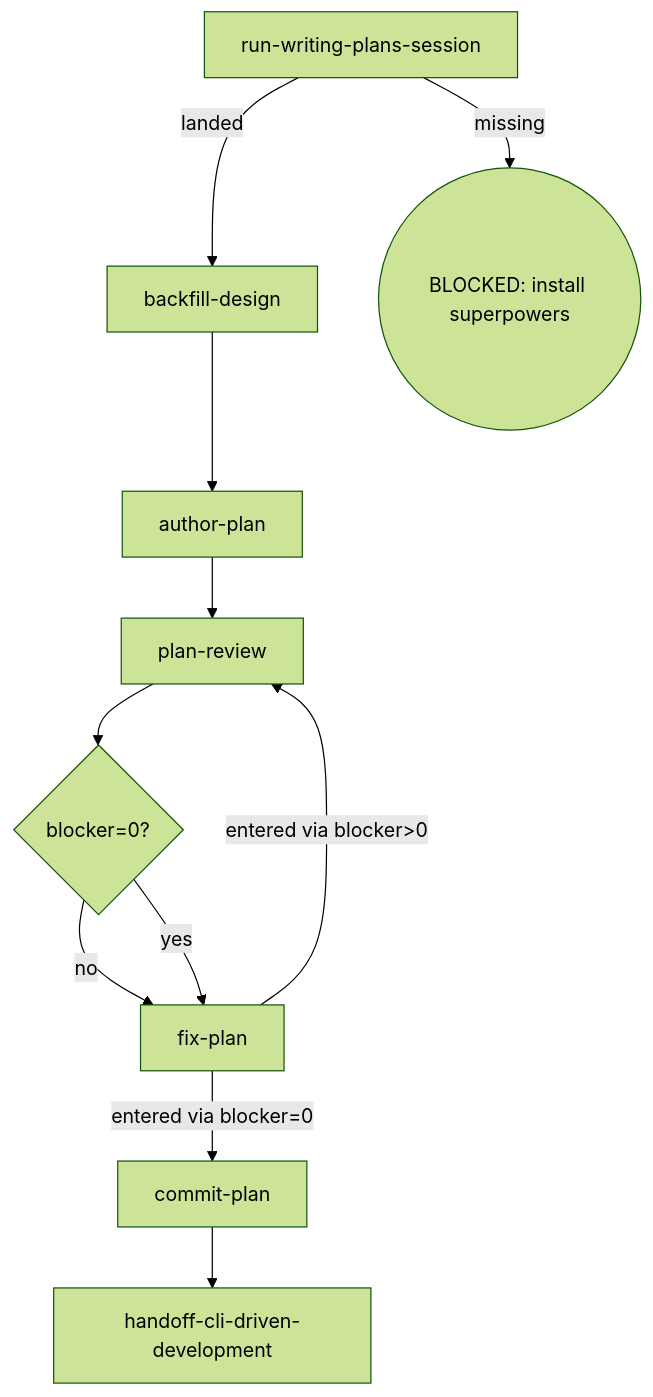
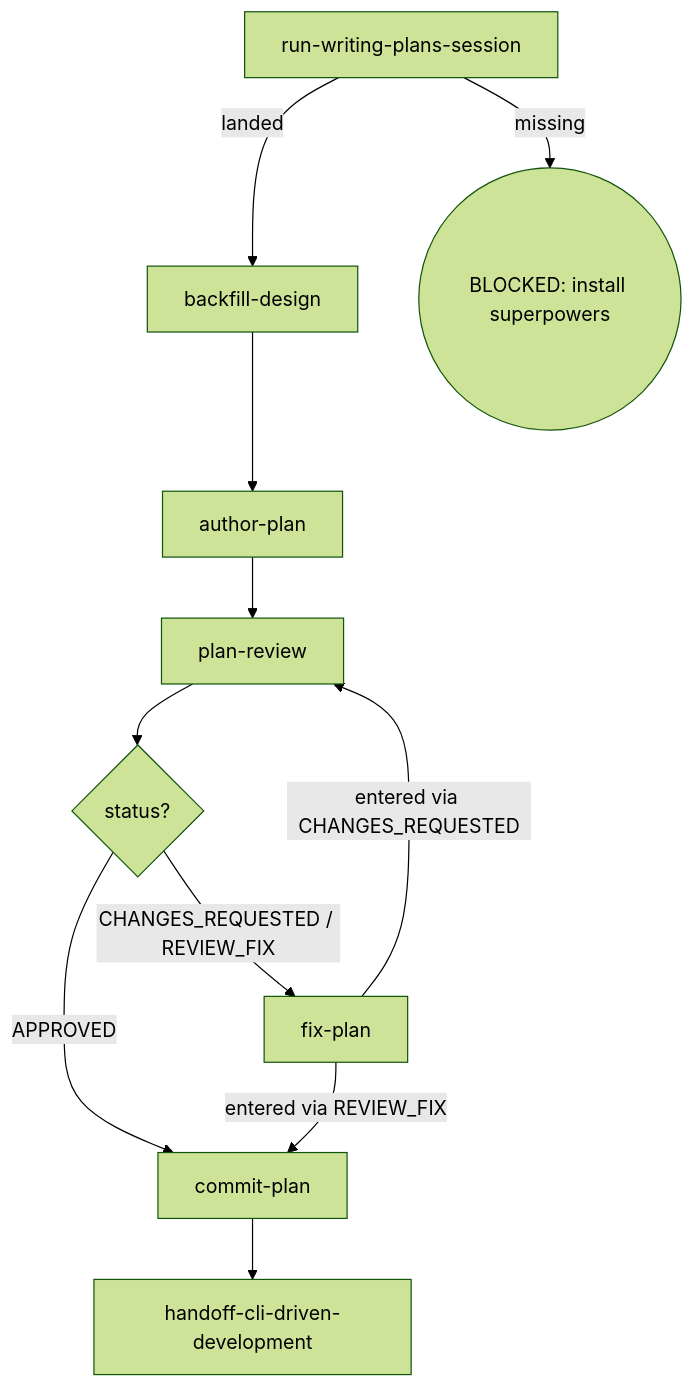
One commit to Oscaner/skills changed the diagram in packages/osuperpowers/skills/writing-plans/SKILL.md. Above: the diagram before and after it, drawn with Mermaid (forest theme). The commit also changed other lines of this file and 10 other files, not shown here.

````diff
--- a/packages/osuperpowers/skills/writing-plans/SKILL.md
+++ b/packages/osuperpowers/skills/writing-plans/SKILL.md
@@ -12,13 +12,13 @@
 ```mermaid
 flowchart TD
   A[run-writing-plans-session] -->|landed| B[backfill-design]
   A -->|missing| Z1((BLOCKED: install superpowers))
   B --> C[author-plan]
   C --> D[plan-review]
-  D --> E{blocker=0?}
-  E -->|no| F[fix-plan]
-  E -->|yes| F
-  F -->|entered via blocker>0| D
-  F -->|entered via blocker=0| H[commit-plan]
+  D --> E{status?}
+  E -->|CHANGES_REQUESTED / REVIEW_FIX| F[fix-plan]
+  E -->|APPROVED| H[commit-plan]
+  F -->|entered via CHANGES_REQUESTED| D
+  F -->|entered via REVIEW_FIX| H[commit-plan]
   H --> I[handoff-cli-driven-development]
 ```
````
